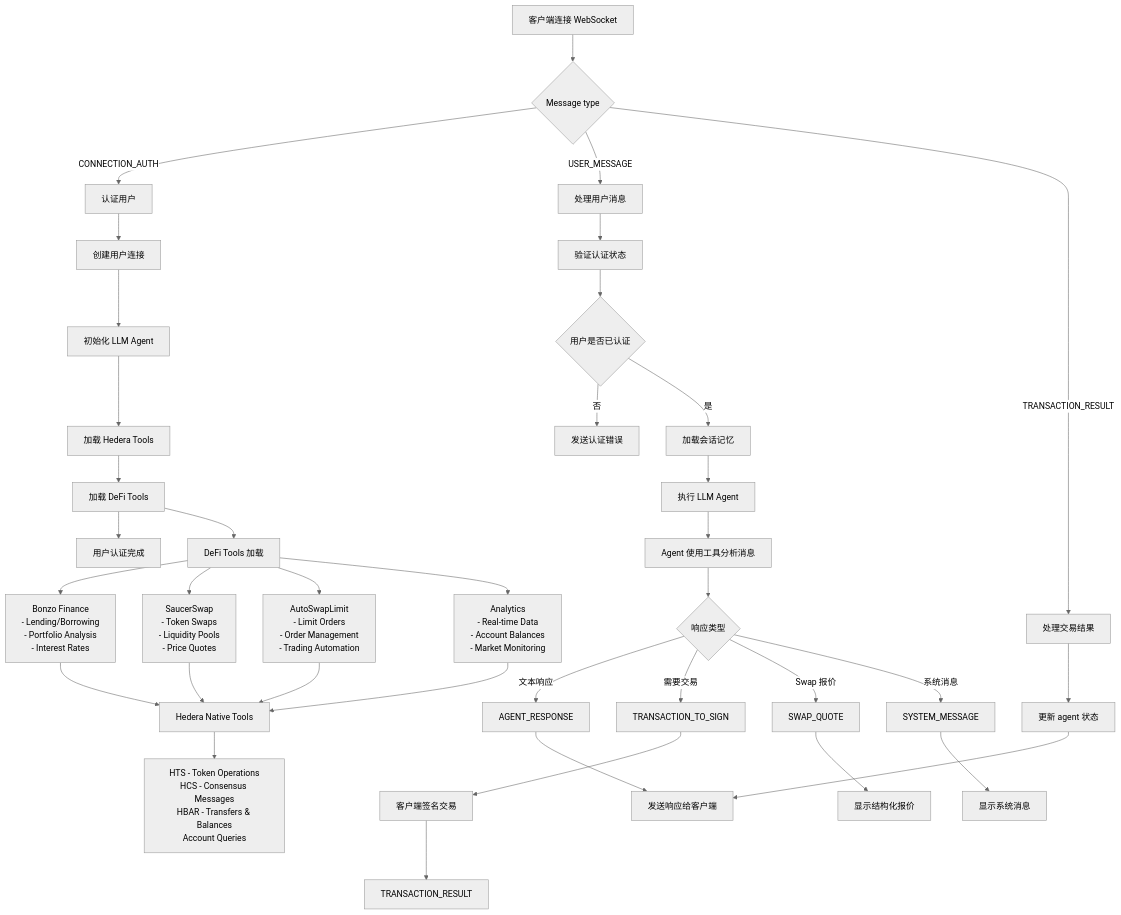
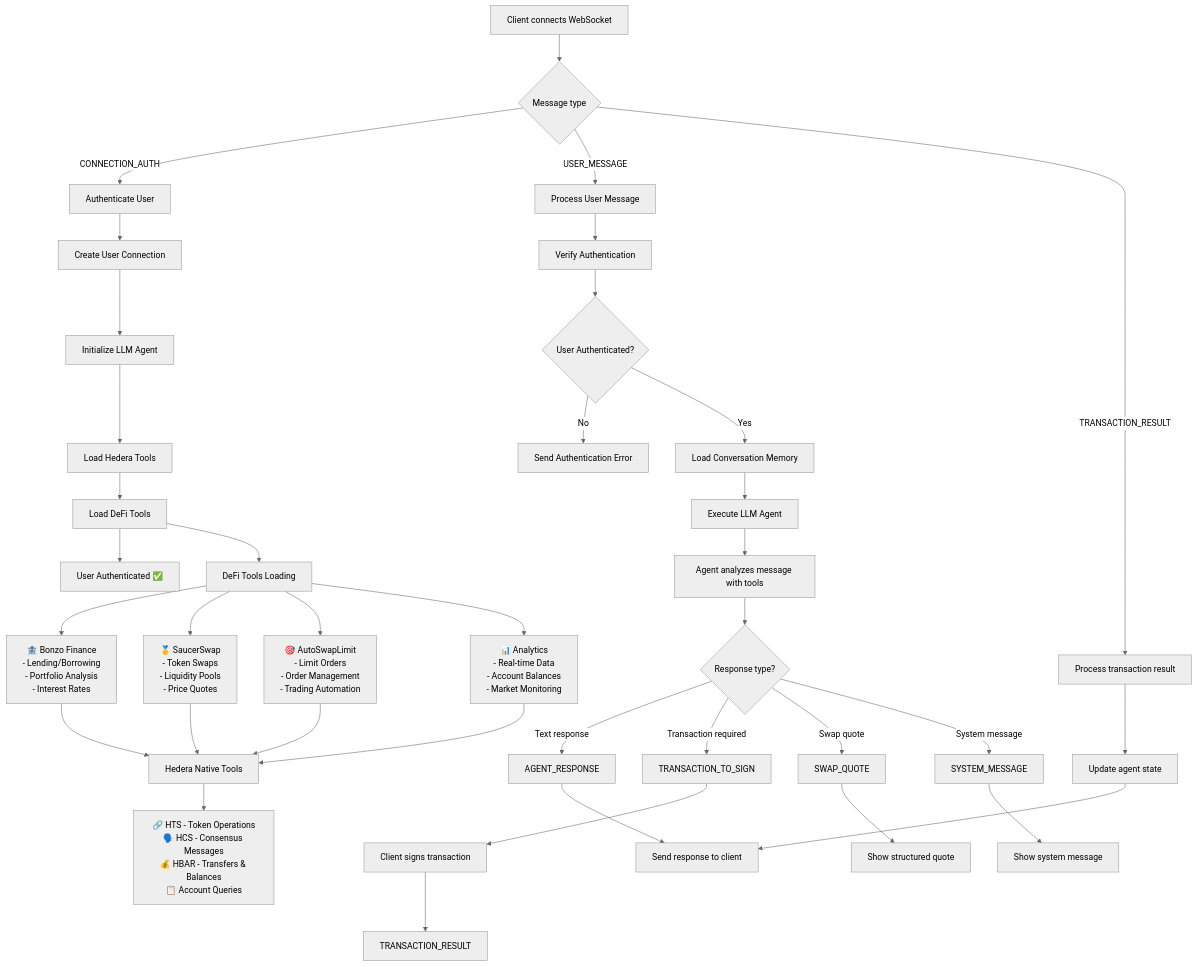
The diagram in Hedron/README.md (zhang20090205-spec/xylem-agent), drawn with Mermaid (neutral theme) before and after one commit. The commit also changed other lines of this file and 76 other files, not shown here.

````diff
--- a/Hedron/README.md
+++ b/Hedron/README.md
@@ -92,48 +91,48 @@
 ```mermaid
 graph TD
-    A[客户端连接 WebSocket] --> B{Message type}
-
-    B -->|CONNECTION_AUTH| C[认证用户]
-    C --> D[创建用户连接]
-    D --> E[初始化 LLM Agent]
-    E --> F[加载 Hedera Tools]
-    F --> G[加载 DeFi Tools]
-    G --> H[用户认证完成]
-
-    B -->|USER_MESSAGE| I[处理用户消息]
-    I --> J[验证认证状态]
-    J --> K{用户是否已认证}
-    K -->|否| L[发送认证错误]
-    K -->|是| M[加载会话记忆]
-    M --> N[执行 LLM Agent]
-    N --> O[Agent 使用工具分析消息]
-
-    O --> P{响应类型}
-    P -->|文本响应| Q[AGENT_RESPONSE]
-    P -->|需要交易| R[TRANSACTION_TO_SIGN]
-    P -->|Swap 报价| S[SWAP_QUOTE]
-    P -->|系统消息| T[SYSTEM_MESSAGE]
-
-    Q --> U[发送响应给客户端]
-    R --> V[客户端签名交易]
-    S --> W[显示结构化报价]
-    T --> X[显示系统消息]
-
+    A[Client connects WebSocket] --> B{Message type}
+    
+    B -->|CONNECTION_AUTH| C[Authenticate User]
+    C --> D[Create User Connection]
+    D --> E[Initialize LLM Agent]
+    E --> F[Load Hedera Tools]
+    F --> G[Load DeFi Tools]
+    G --> H[User Authenticated ✅]
+    
+    B -->|USER_MESSAGE| I[Process User Message]
+    I --> J[Verify Authentication]
+    J --> K{User Authenticated?}
+    K -->|No| L[Send Authentication Error]
+    K -->|Yes| M[Load Conversation Memory]
+    M --> N[Execute LLM Agent]
+    N --> O[Agent analyzes message with tools]
+    
+    O --> P{Response type?}
+    P -->|Text response| Q[AGENT_RESPONSE]
+    P -->|Transaction required| R[TRANSACTION_TO_SIGN]
+    P -->|Swap quote| S[SWAP_QUOTE]
+    P -->|System message| T[SYSTEM_MESSAGE]
+    
+    Q --> U[Send response to client]
+    R --> V[Client signs transaction]
+    S --> W[Show structured quote]
+    T --> X[Show system message]
+    
     V --> Y[TRANSACTION_RESULT]
-    B -->|TRANSACTION_RESULT| Z[处理交易结果]
-    Z --> AA[更新 agent 状态]
+    B -->|TRANSACTION_RESULT| Z[Process transaction result]
+    Z --> AA[Update agent state]
     AA --> U
-
-    G --> BB[DeFi Tools 加载]
-    BB --> CC[Bonzo Finance<br/>- Lending/Borrowing<br/>- Portfolio Analysis<br/>- Interest Rates]
-    BB --> DD[SaucerSwap<br/>- Token Swaps<br/>- Liquidity Pools<br/>- Price Quotes]
-    BB --> EE[AutoSwapLimit<br/>- Limit Orders<br/>- Order Management<br/>- Trading Automation]
-    BB --> FF[Analytics<br/>- Real-time Data<br/>- Account Balances<br/>- Market Monitoring]
-
+    
+    G --> BB[DeFi Tools Loading]
+    BB --> CC[🏦 Bonzo Finance<br/>- Lending/Borrowing<br/>- Portfolio Analysis<br/>- Interest Rates]
+    BB --> DD[🥇 SaucerSwap<br/>- Token Swaps<br/>- Liquidity Pools<br/>- Price Quotes]
+    BB --> EE[🎯 AutoSwapLimit<br/>- Limit Orders<br/>- Order Management<br/>- Trading Automation]
+    BB --> FF[📊 Analytics<br/>- Real-time Data<br/>- Account Balances<br/>- Market Monitoring]
+    
     CC --> GG[Hedera Native Tools]
     DD --> GG
     EE --> GG
     FF --> GG
-
-    GG --> HH[HTS - Token Operations<br/>HCS - Consensus Messages<br/>HBAR - Transfers & Balances<br/>Account Queries]
+    
+    GG --> HH[🔗 HTS - Token Operations<br/>🗣️ HCS - Consensus Messages<br/>💰 HBAR - Transfers & Balances<br/>📋 Account Queries]
 ```
````
